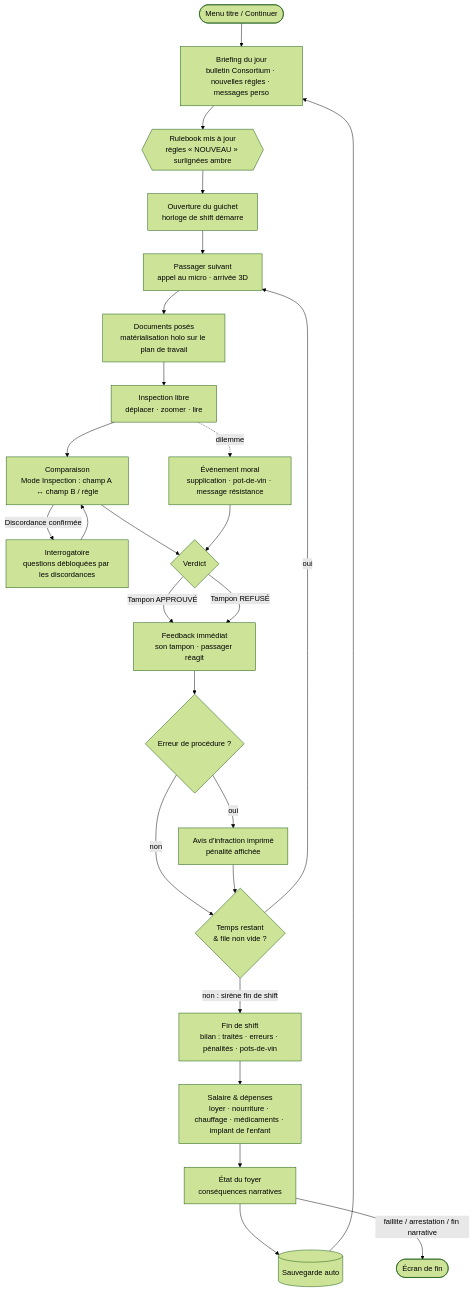
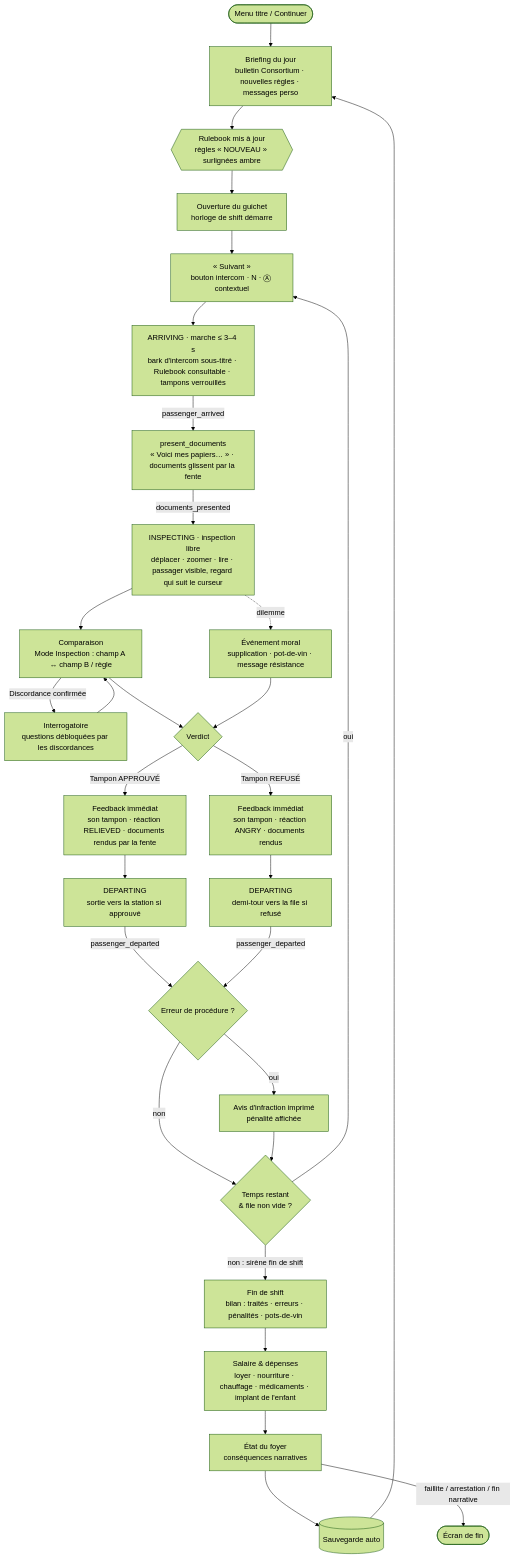
The first of 3 diagrams in docs/UI_FLOW.md (fs0ciety7000/clearance), drawn with Mermaid (forest theme) before and after one commit. The commit also changed other lines of this file and 4 other files, not shown here.

First line of the commit message:
Flux UI v0.2 : arrivée du passager, vitre, comparaison visage/photo

````diff
--- a/docs/UI_FLOW.md
+++ b/docs/UI_FLOW.md
@@ -21,30 +21,34 @@
 ```mermaid
 flowchart TD
     T([Menu titre / Continuer]) --> BR[Briefing du jour<br/>bulletin Consortium · nouvelles règles · messages perso]
     BR --> RB{{Rulebook mis à jour<br/>règles « NOUVEAU » surlignées ambre}}
     RB --> G[Ouverture du guichet<br/>horloge de shift démarre]
 
-    G --> P[Passager suivant<br/>appel au micro · arrivée 3D]
-    P --> D[Documents posés<br/>matérialisation holo sur le plan de travail]
-    D --> I[Inspection libre<br/>déplacer · zoomer · lire]
+    G --> P[« Suivant »<br/>bouton intercom · N · Ⓐ contextuel]
+    P --> AR[ARRIVING · marche ≤ 3–4 s<br/>bark d'intercom sous-titré · Rulebook consultable · tampons verrouillés]
+    AR -->|passenger_arrived| PR[present_documents<br/>« Voici mes papiers… » · documents glissent par la fente]
+    PR -->|documents_presented| I[INSPECTING · inspection libre<br/>déplacer · zoomer · lire · passager visible, regard qui suit le curseur]
     I --> C[Comparaison<br/>Mode Inspection : champ A ↔ champ B / règle]
     C -->|Discordance confirmée| Q[Interrogatoire<br/>questions débloquées par les discordances]
     Q --> C
     C --> V{Verdict}
     I -. dilemme .-> M[Événement moral<br/>supplication · pot-de-vin · message résistance]
     M --> V
-    V -->|Tampon APPROUVÉ| F[Feedback immédiat<br/>son tampon · passager réagit]
-    V -->|Tampon REFUSÉ| F
-    F --> CIT{Erreur de procédure ?}
+    V -->|Tampon APPROUVÉ| F[Feedback immédiat<br/>son tampon · réaction RELIEVED · documents rendus par la fente]
+    V -->|Tampon REFUSÉ| F2[Feedback immédiat<br/>son tampon · réaction ANGRY · documents rendus]
+    F --> DEP[DEPARTING<br/>sortie vers la station si approuvé]
+    F2 --> DEP2[DEPARTING<br/>demi-tour vers la file si refusé]
+    DEP -->|passenger_departed| CIT{Erreur de procédure ?}
+    DEP2 -->|passenger_departed| CIT
     CIT -->|oui| W[Avis d'infraction imprimé<br/>pénalité affichée]
     CIT -->|non| NX
     W --> NX{Temps restant<br/>& file non vide ?}
     NX -->|oui| P
     NX -->|non : sirène fin de shift| END
 
     END[Fin de shift<br/>bilan : traités · erreurs · pénalités · pots-de-vin] --> SAL[Salaire & dépenses<br/>loyer · nourriture · chauffage · médicaments · implant de l'enfant]
     SAL --> FAM[État du foyer<br/>conséquences narratives]
     FAM --> SAV[(Sauvegarde auto)]
     SAV --> BR
     FAM -->|faillite / arrestation / fin narrative| GO([Écran de fin])
 ```
````
